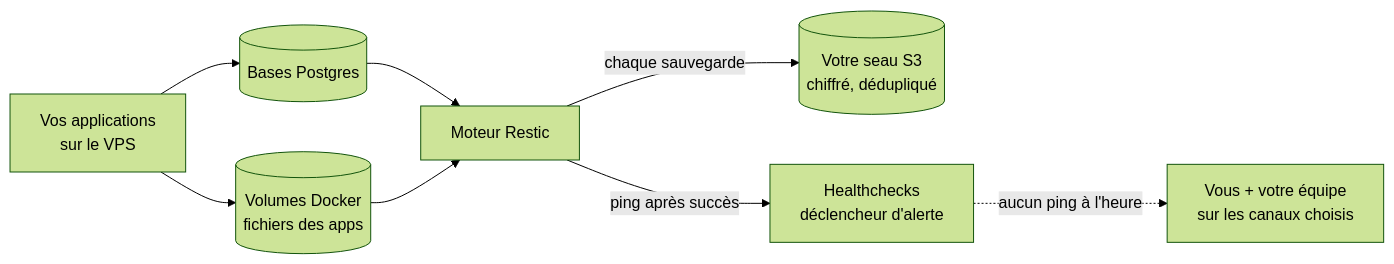
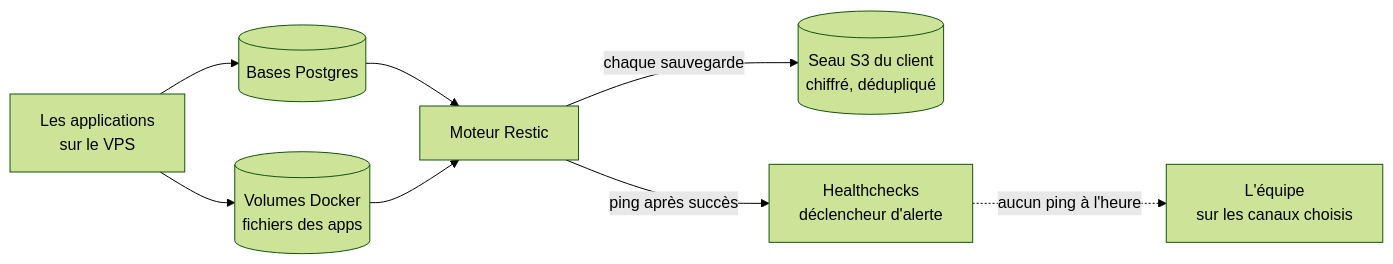
The second of 2 diagrams in src/content/docs/fr/how-this-stack-works.md (catenahq/docs), drawn with Mermaid (forest theme) before and after one commit. The commit also changed other lines of this file and 2 other files, not shown here.

First line of the commit message:
docs(voice): convert the architecture tour

````diff
--- a/src/content/docs/fr/how-this-stack-works.md
+++ b/src/content/docs/fr/how-this-stack-works.md
@@ -71,18 +71,18 @@
 ```mermaid
 flowchart LR
-    APPS[Vos applications<br/>sur le VPS]
+    APPS[Les applications<br/>sur le VPS]
     PG[(Bases Postgres)]
     VOL[(Volumes Docker<br/>fichiers des apps)]
     RESTIC[Moteur Restic]
-    S3[(Votre seau S3<br/>chiffré, dédupliqué)]
+    S3[(Seau S3 du client<br/>chiffré, dédupliqué)]
     HC[Healthchecks<br/>déclencheur d'alerte]
-    YOU[Vous + votre équipe<br/>sur les canaux choisis]
+    EQUIPE[L'équipe<br/>sur les canaux choisis]
 
     APPS --> PG
     APPS --> VOL
     PG --> RESTIC
     VOL --> RESTIC
     RESTIC -->|chaque sauvegarde| S3
     RESTIC -->|ping après succès| HC
-    HC -.->|aucun ping à l'heure| YOU
+    HC -.->|aucun ping à l'heure| EQUIPE
 ```
````
